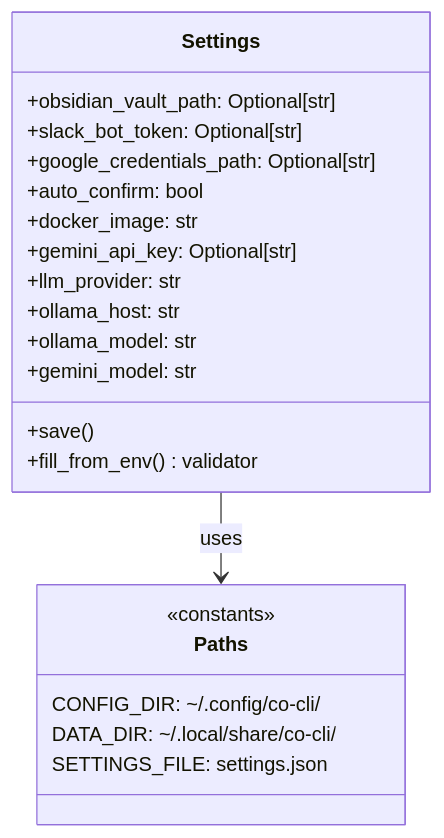
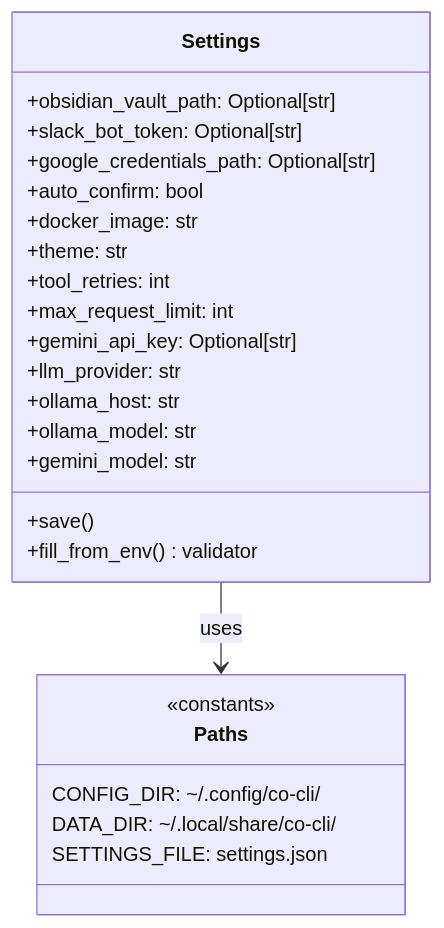
Before and after one commit to binlecode/co-cli: the fifth of 14 diagrams in docs/DESIGN-co-cli.md, drawn with Mermaid. The commit also changed other lines of this file and 2 other files, not shown here.

````diff
--- a/docs/DESIGN-co-cli.md
+++ b/docs/DESIGN-co-cli.md
@@ -255,26 +268,29 @@
 ```mermaid
 classDiagram
     class Settings {
         +obsidian_vault_path: Optional[str]
         +slack_bot_token: Optional[str]
         +google_credentials_path: Optional[str]
         +auto_confirm: bool
         +docker_image: str
+        +theme: str
+        +tool_retries: int
+        +max_request_limit: int
         +gemini_api_key: Optional[str]
         +llm_provider: str
         +ollama_host: str
         +ollama_model: str
         +gemini_model: str
         +save()
         +fill_from_env() validator
     }
 
     class Paths {
         <<constants>>
         CONFIG_DIR: ~/.config/co-cli/
         DATA_DIR: ~/.local/share/co-cli/
         SETTINGS_FILE: settings.json
     }
 
     Settings --> Paths : uses
 ```
````
